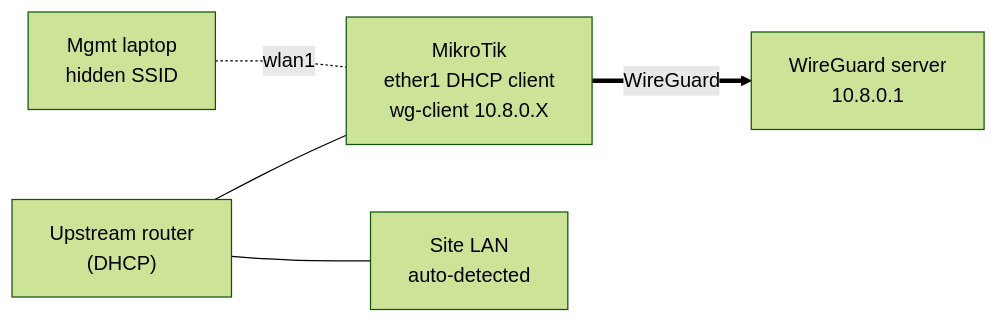
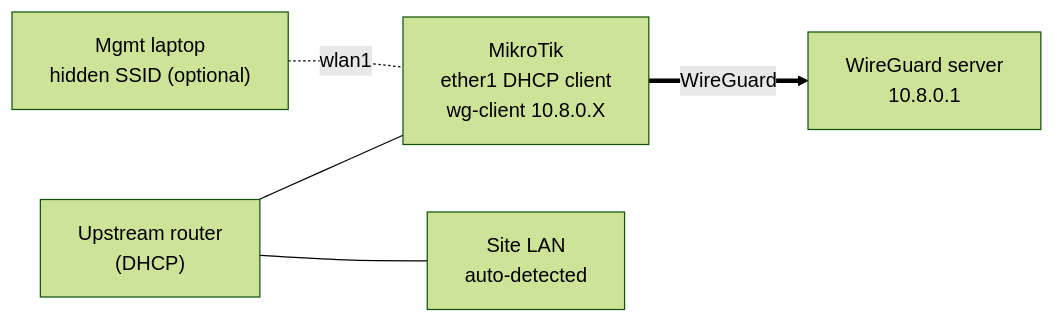
One commit to antkarag13/mikrotik-wireguard-autodeploy changed the diagram in README.md. Above: the diagram before and after it, drawn with Mermaid (forest theme). The commit also changed other lines of this file and 3 other files, not shown here.

````diff
--- a/README.md
+++ b/README.md
@@ -31,12 +31,12 @@
 ```mermaid
 flowchart LR
     S["WireGuard server<br/>10.8.0.1"]
     UP["Upstream router<br/>(DHCP)"]
     MT["MikroTik<br/>ether1 DHCP client<br/>wg-client 10.8.0.X"]
     LAN["Site LAN<br/>auto-detected"]
-    W["Mgmt laptop<br/>hidden SSID"]
+    W["Mgmt laptop<br/>hidden SSID (optional)"]
     UP --- MT
     UP --- LAN
     W -. wlan1 .- MT
     MT == WireGuard ==> S
 ```
````
